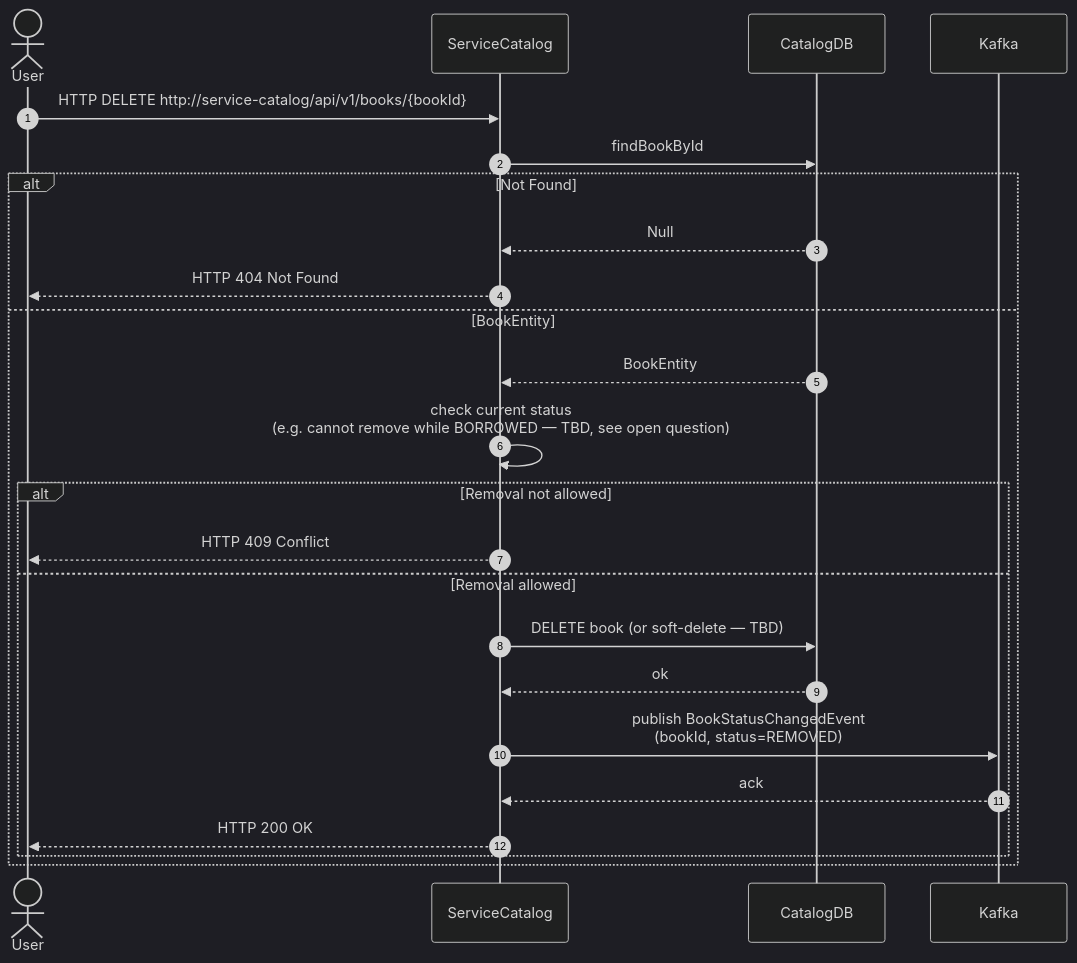
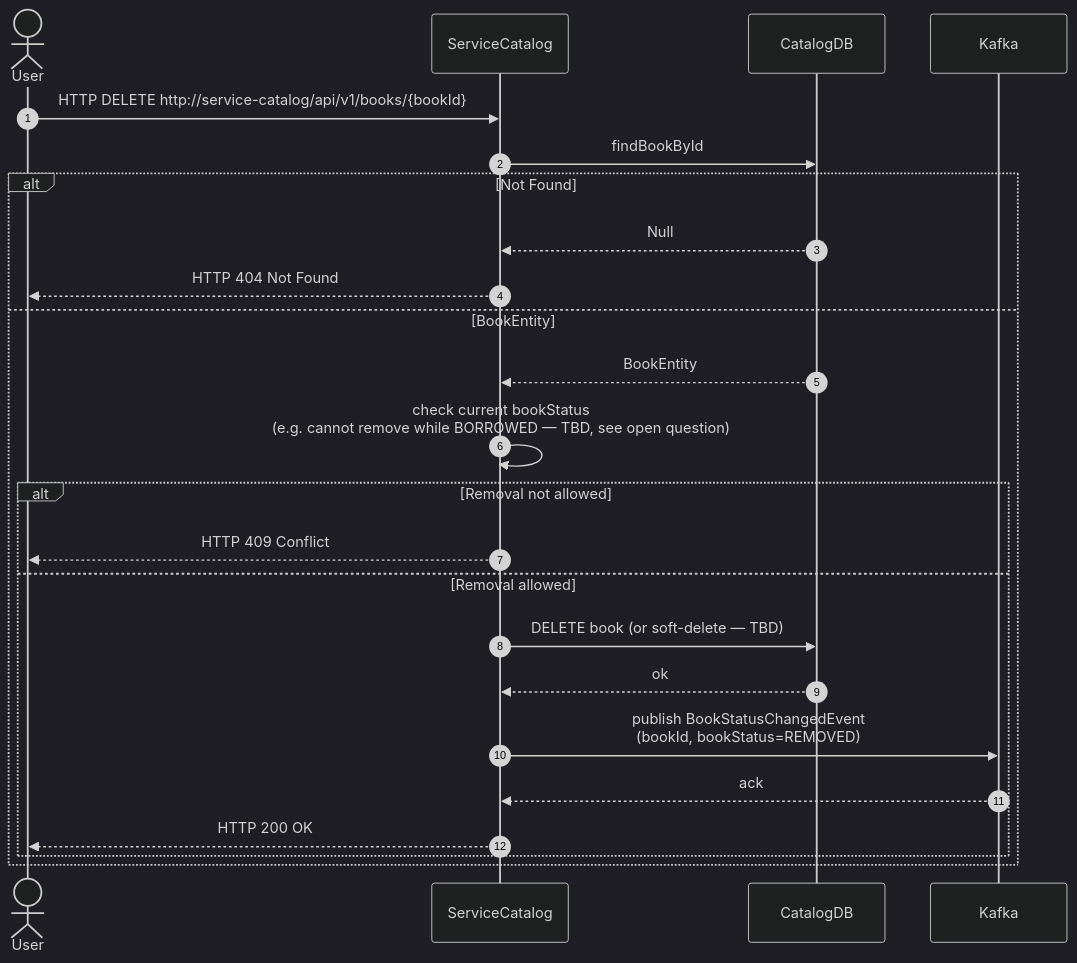
One commit to Hattatoglu/library-of-alexandria changed the diagram in service/service-catalog/documents/HLD/HLD-CF-03 Remove Book Flow.mermaid. Above: the diagram before and after it, drawn with Mermaid (dark theme). The commit also changed 64 other files, not shown here.

```diff
--- a/service/service-catalog/documents/HLD/HLD-CF-03 Remove Book Flow.mermaid
+++ b/service/service-catalog/documents/HLD/HLD-CF-03 Remove Book Flow.mermaid
@@ -1,25 +1,25 @@
 sequenceDiagram
     autonumber
     actor User
     participant ServiceCatalog
     participant CatalogDB
     participant Kafka
 
     User           ->>  ServiceCatalog      :   HTTP DELETE http://service-catalog/api/v1/books/{bookId}
     ServiceCatalog ->>  CatalogDB           :   findBookById
     alt Not Found
         CatalogDB      -->> ServiceCatalog  :   Null
         ServiceCatalog -->> User            :   HTTP 404 Not Found
     else BookEntity
         CatalogDB      -->> ServiceCatalog  :   BookEntity
-        ServiceCatalog ->>  ServiceCatalog  :   check current status<br/>(e.g. cannot remove while BORROWED — TBD, see open question)
+        ServiceCatalog ->>  ServiceCatalog  :   check current bookStatus<br/>(e.g. cannot remove while BORROWED — TBD, see open question)
         alt Removal not allowed
             ServiceCatalog -->> User        :   HTTP 409 Conflict
         else Removal allowed
             ServiceCatalog ->>  CatalogDB   :   DELETE book (or soft-delete — TBD)
             CatalogDB      -->> ServiceCatalog : ok
-            ServiceCatalog ->>  Kafka       :   publish BookStatusChangedEvent <br/>(bookId, status=REMOVED)
+            ServiceCatalog ->>  Kafka       :   publish BookStatusChangedEvent <br/>(bookId, bookStatus=REMOVED)
             Kafka          -->> ServiceCatalog : ack
             ServiceCatalog -->> User        :   HTTP 200 OK
         end
     end
```
